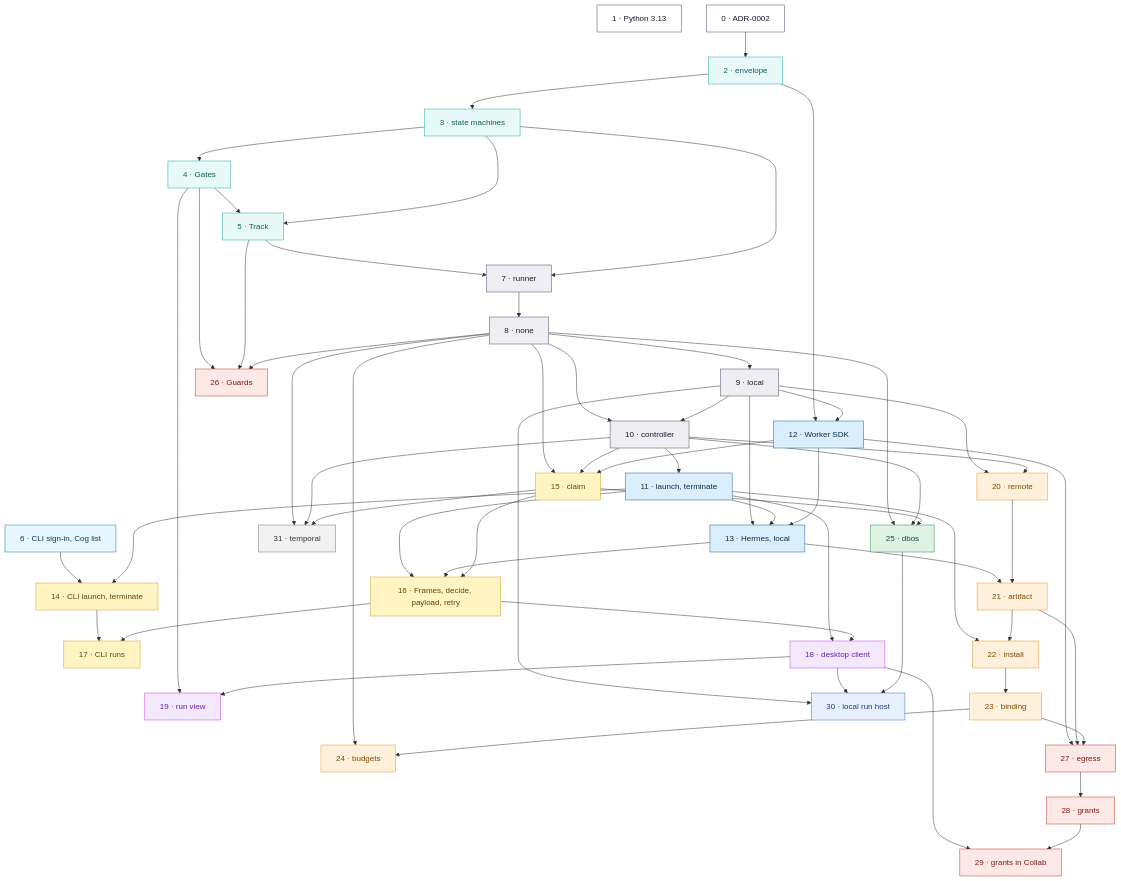
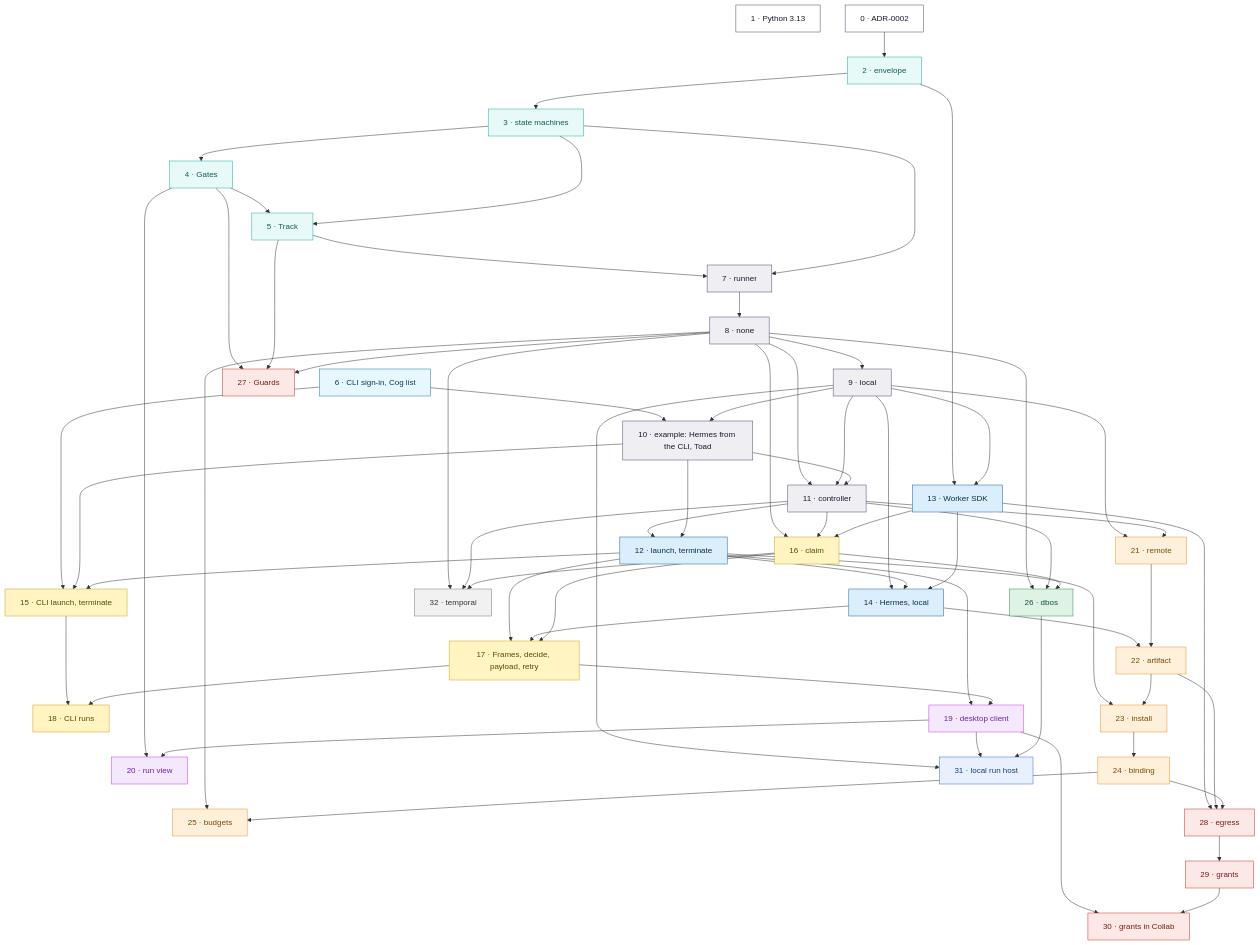
Before and after one commit to aktech/collab-hub-pack: the second of 5 diagrams in COG_EXECUTION.md, drawn with Mermaid. The commit also changed other lines of this file and 68 other files, not shown here.

````diff
--- a/COG_EXECUTION.md
+++ b/COG_EXECUTION.md
@@ -1013,52 +1046,54 @@
 ```mermaid
 flowchart TD
   ph1["1 · Python 3.13"]
   ph0["0 · ADR-0002"] --> ph2["2 · envelope"] --> ph3["3 · state machines"] --> ph4["4 · Gates"] --> ph5["5 · Track"] --> ph7["7 · runner"] --> ph8["8 · none"]
   ph6["6 · CLI sign-in, Cog list"]
   ph3 --> ph5 & ph7
   ph8 --> ph9["9 · local"]
-  ph8 & ph9 --> ph10["10 · controller"] --> ph11["11 · launch, terminate"]
-  ph2 & ph9 --> ph12["12 · Worker SDK"]
-  ph9 & ph11 & ph12 --> ph13["13 · Hermes, local"]
-  ph6 & ph11 --> ph14["14 · CLI launch, terminate"]
-  ph8 & ph10 & ph12 --> ph15["15 · claim"]
-  ph11 & ph13 & ph15 --> ph16["16 · Frames, decide, payload, retry"]
-  ph14 & ph16 --> ph17["17 · CLI runs"]
-  ph11 & ph16 --> ph18["18 · desktop client"]
-  ph4 & ph18 --> ph19["19 · run view"]
-  ph9 & ph10 --> ph20["20 · remote"]
-  ph13 & ph20 --> ph21["21 · artifact"]
-  ph11 & ph21 --> ph22["22 · install"] --> ph23["23 · binding"]
-  ph8 & ph23 --> ph24["24 · budgets"]
-  ph8 & ph10 & ph15 --> ph25["25 · dbos"]
-  ph4 & ph5 & ph8 --> ph26["26 · Guards"]
-  ph12 & ph21 & ph23 --> ph27["27 · egress"] --> ph28["28 · grants"]
-  ph18 & ph28 --> ph29["29 · grants in Collab"]
-  ph9 & ph18 & ph25 --> ph30["30 · local run host"]
-  ph8 & ph10 & ph15 --> ph31["31 · temporal"]
+  ph6 & ph9 --> ph10["10 · example: Hermes from the CLI, Toad"]
+  ph8 & ph9 & ph10 --> ph11["11 · controller"] --> ph12["12 · launch, terminate"]
+  ph2 & ph9 --> ph13["13 · Worker SDK"]
+  ph9 & ph12 & ph13 --> ph14["14 · Hermes, local"]
+  ph6 & ph10 & ph12 --> ph15["15 · CLI launch, terminate"]
+  ph10 --> ph12
+  ph8 & ph11 & ph13 --> ph16["16 · claim"]
+  ph12 & ph14 & ph16 --> ph17["17 · Frames, decide, payload, retry"]
+  ph15 & ph17 --> ph18["18 · CLI runs"]
+  ph12 & ph17 --> ph19["19 · desktop client"]
+  ph4 & ph19 --> ph20["20 · run view"]
+  ph9 & ph11 --> ph21["21 · remote"]
+  ph14 & ph21 --> ph22["22 · artifact"]
+  ph12 & ph22 --> ph23["23 · install"] --> ph24["24 · binding"]
+  ph8 & ph24 --> ph25["25 · budgets"]
+  ph8 & ph11 & ph16 --> ph26["26 · dbos"]
+  ph4 & ph5 & ph8 --> ph27["27 · Guards"]
+  ph13 & ph22 & ph24 --> ph28["28 · egress"] --> ph29["29 · grants"]
+  ph19 & ph29 --> ph30["30 · grants in Collab"]
+  ph9 & ph19 & ph26 --> ph31["31 · local run host"]
+  ph8 & ph11 & ph16 --> ph32["32 · temporal"]
 
   classDef m0 fill:#ffffff,stroke:#4a4a6a,color:#1a1a2e
   classDef m1 fill:#e8faf8,stroke:#20aaa1,color:#0d5d57
   classDef m2 fill:#e6f7ff,stroke:#1f7a99,color:#0b3d4d
   classDef m3 fill:#eeeef3,stroke:#4a4a6a,color:#1a1a2e
   classDef m4 fill:#dbeefc,stroke:#1f5f99,color:#0b2e4d
   classDef m5 fill:#fff4c2,stroke:#c9a227,color:#5c4a00
   classDef m6 fill:#f3e8fc,stroke:#c840e9,color:#6b21a8
   classDef m7 fill:#fef0db,stroke:#e8952c,color:#7c4a03
   classDef m8 fill:#dff3e4,stroke:#2e8b57,color:#14532d
   classDef m9 fill:#fde8e8,stroke:#c0392b,color:#7b1d14
   classDef m10 fill:#e8f0fe,stroke:#3b6fd8,color:#1c3d7a
   classDef m11 fill:#f1f1f1,stroke:#777,color:#333
   class ph0,ph1 m0
   class ph2,ph3,ph4,ph5 m1
   class ph6 m2
-  class ph7,ph8,ph9,ph10 m3
-  class ph11,ph12,ph13 m4
-  class ph14,ph15,ph16,ph17 m5
-  class ph18,ph19 m6
-  class ph20,ph21,ph22,ph23,ph24 m7
-  class ph25 m8
-  class ph26,ph27,ph28,ph29 m9
-  class ph30 m10
-  class ph31 m11
+  class ph7,ph8,ph9,ph10,ph11 m3
+  class ph12,ph13,ph14 m4
+  class ph15,ph16,ph17,ph18 m5
+  class ph19,ph20 m6
+  class ph21,ph22,ph23,ph24,ph25 m7
+  class ph26 m8
+  class ph27,ph28,ph29,ph30 m9
+  class ph31 m10
+  class ph32 m11
 ```
````
